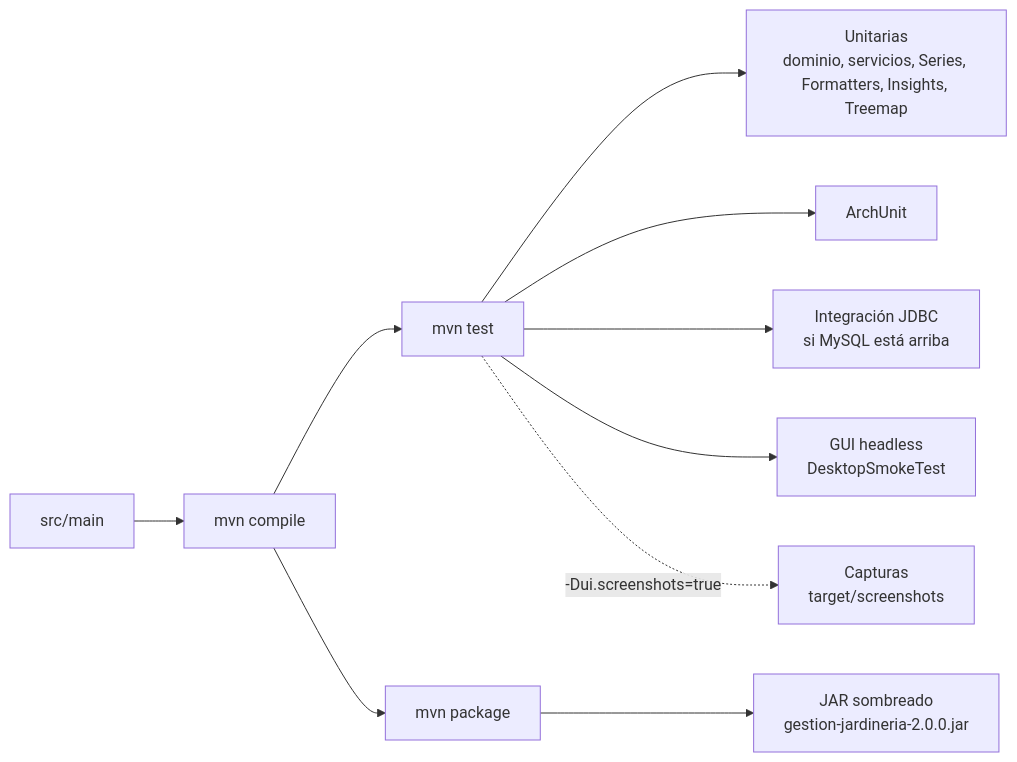
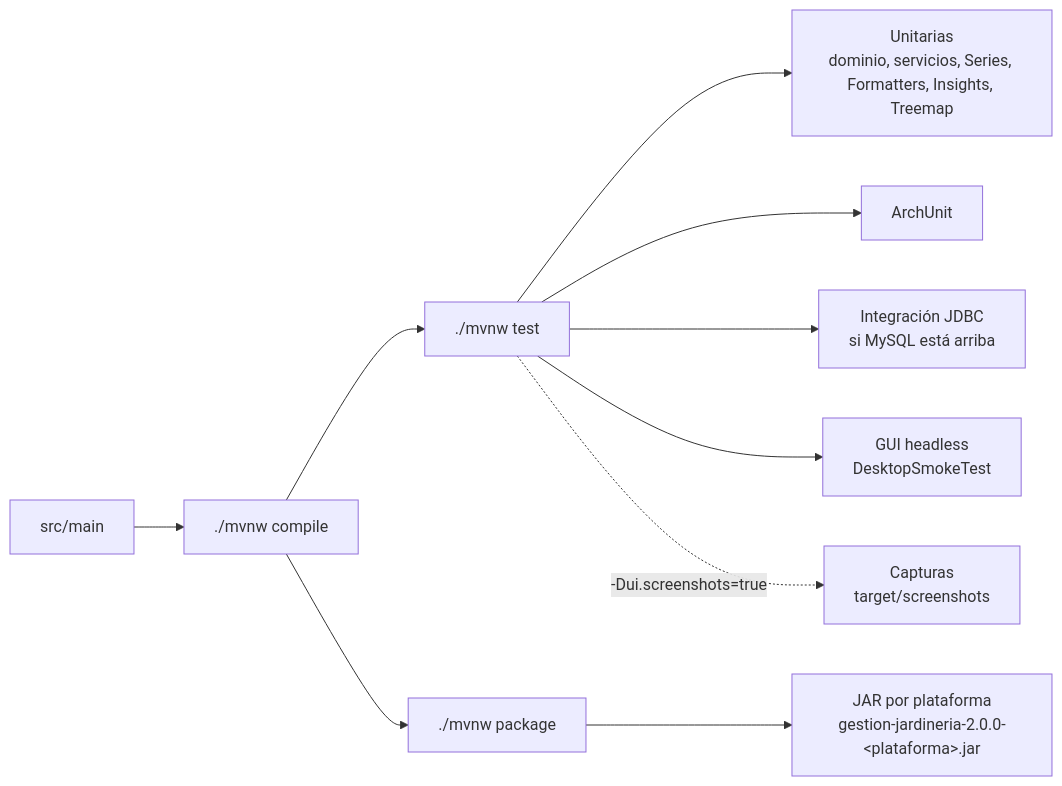
The third of 3 diagrams in docs/TECNOLOGIAS.md (DEIMER-PY/gestion-db-jardineria), drawn with Mermaid before and after one commit. The commit also changed other lines of this file and 5 other files, not shown here.

````diff
--- a/docs/TECNOLOGIAS.md
+++ b/docs/TECNOLOGIAS.md
@@ -79,11 +83,11 @@
 ```mermaid
 flowchart LR
-    SRC[src/main] --> C[mvn compile]
-    C --> T[mvn test]
+    SRC[src/main] --> C[./mvnw compile]
+    C --> T[./mvnw test]
     T --> U[Unitarias<br/>dominio, servicios, Series, Formatters, Insights, Treemap]
     T --> A[ArchUnit]
     T --> I[Integración JDBC<br/>si MySQL está arriba]
     T --> G[GUI headless<br/>DesktopSmokeTest]
     T -.->|"-Dui.screenshots=true"| S[Capturas<br/>target/screenshots]
-    C --> P[mvn package] --> J[JAR sombreado<br/>gestion-jardineria-2.0.0.jar]
+    C --> P[./mvnw package] --> J[JAR por plataforma<br/>gestion-jardineria-2.0.0-&lt;plataforma&gt;.jar]
 ```
````
